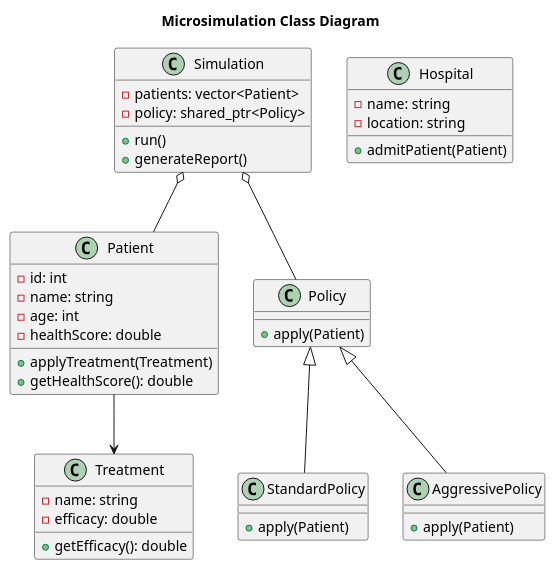
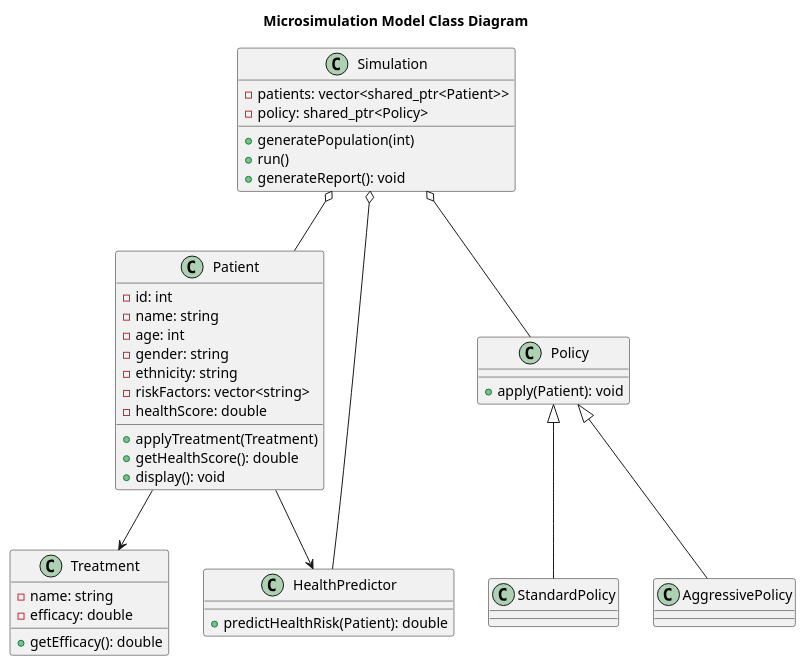
One commit to M-Ghosh9/Microsimulation-model changed the diagram in docs/class_diagram.puml. Above: the diagram before and after it, drawn with PlantUML.

```diff
--- a/docs/class_diagram.puml
+++ b/docs/class_diagram.puml
@@ -1,50 +1,47 @@
 @startuml
-title Microsimulation Class Diagram
+title Microsimulation Model Class Diagram
 
 class Patient {
     - id: int
     - name: string
     - age: int
+    - gender: string
+    - ethnicity: string
+    - riskFactors: vector<string>
     - healthScore: double
     + applyTreatment(Treatment)
     + getHealthScore(): double
+    + display(): void
 }
 
-class Hospital {
-    - name: string
-    - location: string
-    + admitPatient(Patient)
+class Policy {
+    + apply(Patient): void
 }
 
 class Treatment {
     - name: string
     - efficacy: double
     + getEfficacy(): double
 }
 
-class Policy {
-    + apply(Patient)
-}
-
-class StandardPolicy {
-    + apply(Patient)
-}
-
-class AggressivePolicy {
-    + apply(Patient)
+class HealthPredictor {
+    + predictHealthRisk(Patient): double
 }
 
 class Simulation {
-    - patients: vector<Patient>
+    - patients: vector<shared_ptr<Patient>>
     - policy: shared_ptr<Policy>
+    + generatePopulation(int)
     + run()
-    + generateReport()
+    + generateReport(): void
 }
 
 Policy <|-- StandardPolicy
 Policy <|-- AggressivePolicy
-Patient --> Treatment
 Simulation o-- Patient
 Simulation o-- Policy
+Simulation o-- HealthPredictor
+Patient --> Treatment
+Patient --> HealthPredictor
 
 @enduml
```
